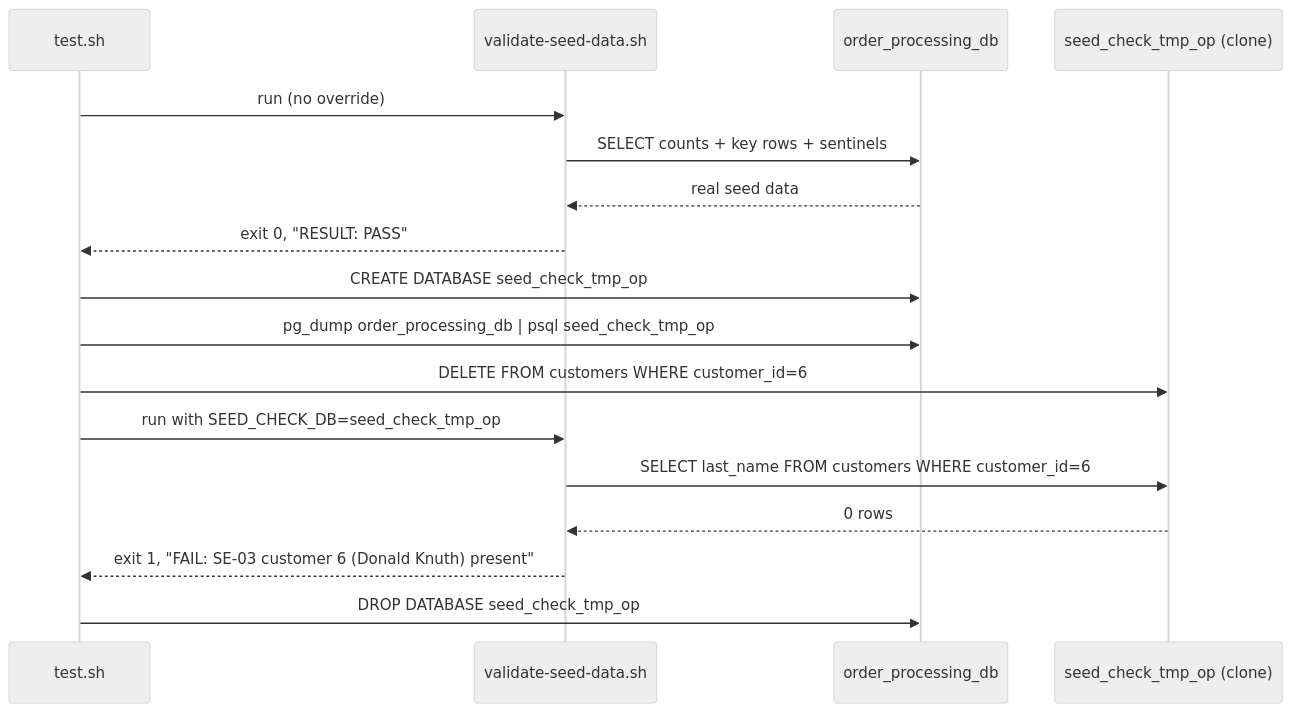
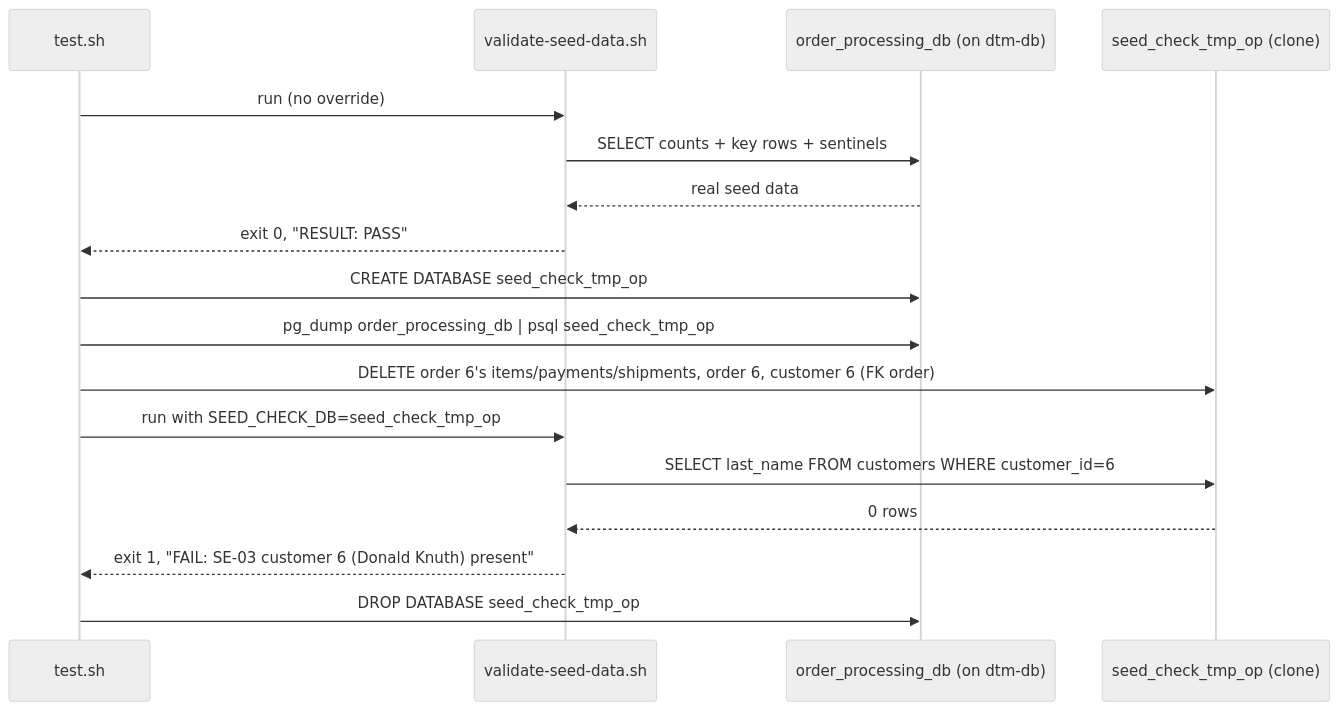
Before and after one commit to inctasoft/setpoint-evals-dtm-examples: the diagram in workflows/order-processing/setpoint-evals/SE-06-seed-data-integrity/README.md, drawn with Mermaid (neutral theme). The commit also changed other lines of this file and 15 other files, not shown here.

````diff
--- a/workflows/order-processing/setpoint-evals/SE-06-seed-data-integrity/README.md
+++ b/workflows/order-processing/setpoint-evals/SE-06-seed-data-integrity/README.md
@@ -17,21 +19,21 @@
 ```mermaid
 sequenceDiagram
     participant T as test.sh
     participant V as validate-seed-data.sh
-    participant DB as order_processing_db
+    participant DB as order_processing_db (on dtm-db)
     participant Clone as seed_check_tmp_op (clone)
 
     T->>V: run (no override)
     V->>DB: SELECT counts + key rows + sentinels
     DB-->>V: real seed data
     V-->>T: exit 0, "RESULT: PASS"
 
     T->>DB: CREATE DATABASE seed_check_tmp_op
     T->>DB: pg_dump order_processing_db | psql seed_check_tmp_op
-    T->>Clone: DELETE FROM customers WHERE customer_id=6
+    T->>Clone: DELETE order 6's items/payments/shipments, order 6, customer 6 (FK order)
     T->>V: run with SEED_CHECK_DB=seed_check_tmp_op
     V->>Clone: SELECT last_name FROM customers WHERE customer_id=6
     Clone-->>V: 0 rows
     V-->>T: exit 1, "FAIL: SE-03 customer 6 (Donald Knuth) present"
     T->>DB: DROP DATABASE seed_check_tmp_op
 ```
````
